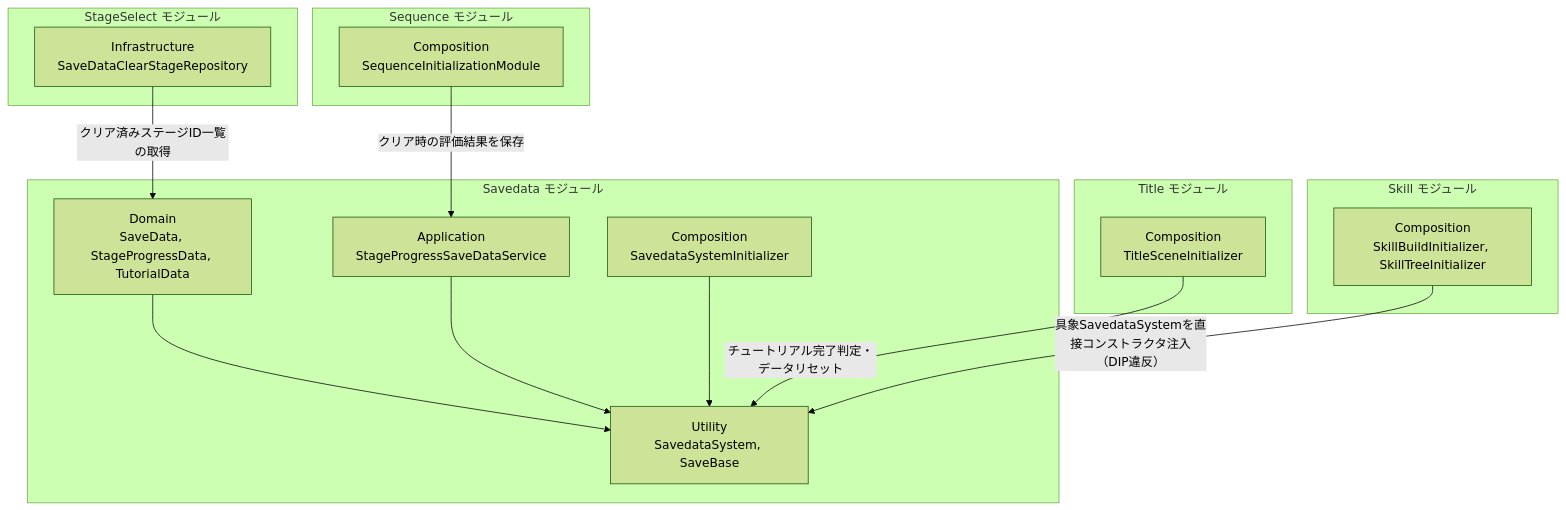
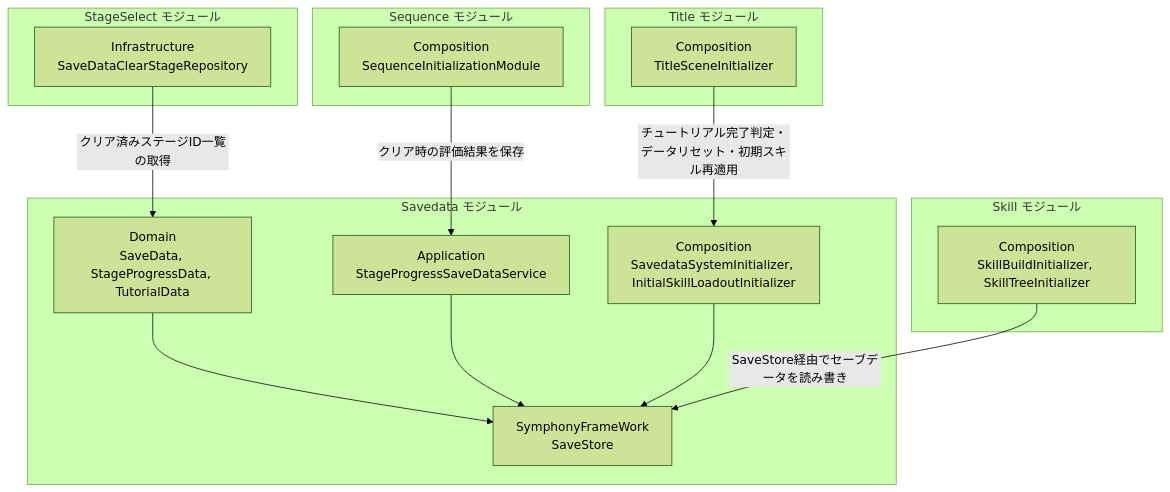
One commit to HIBIKI5201/SymphonyKillChord changed the first of 3 diagrams in Assets/Docs/ScriptsDocs/Modules/NotionModuleDocs/Savedata.md. Above: the diagram before and after it, drawn with Mermaid (forest theme). The commit also changed other lines of this file and 2 other files, not shown here.

````diff
--- a/Assets/Docs/ScriptsDocs/Modules/NotionModuleDocs/Savedata.md
+++ b/Assets/Docs/ScriptsDocs/Modules/NotionModuleDocs/Savedata.md
@@ -42,35 +44,35 @@
 ```mermaid
 graph TD
     %% 定義 (接続のないレイヤーは省略)
     subgraph SavedataModule [Savedata モジュール]
         SD_Domain["Domain<br>SaveData, StageProgressData, TutorialData"]
-        SD_Utility["Utility<br>SavedataSystem, SaveBase"]
+        SD_Store["SymphonyFrameWork<br>SaveStore"]
         SD_App["Application<br>StageProgressSaveDataService"]
-        SD_Composition["Composition<br>SavedataSystemInitializer"]
-        SD_Domain --> SD_Utility
-        SD_App --> SD_Utility
-        SD_Composition --> SD_Utility
+        SD_Composition["Composition<br>SavedataSystemInitializer, InitialSkillLoadoutInitializer"]
+        SD_Domain --> SD_Store
+        SD_App --> SD_Store
+        SD_Composition --> SD_Store
     end
 
     subgraph SequenceModule [Sequence モジュール]
         SQ_Composition["Composition<br>SequenceInitializationModule"]
     end
 
     subgraph StageSelectModule [StageSelect モジュール]
         SS_Infra["Infrastructure<br>SaveDataClearStageRepository"]
     end
 
     subgraph TitleModule [Title モジュール]
         T_Composition["Composition<br>TitleSceneInitializer"]
     end
 
     subgraph SkillModule [Skill モジュール]
         SK_Composition["Composition<br>SkillBuildInitializer, SkillTreeInitializer"]
     end
 
     %% 依存関係
     SQ_Composition -->|"クリア時の評価結果を保存"| SD_App
     SS_Infra -->|"クリア済みステージID一覧の取得"| SD_Domain
-    T_Composition -->|"チュートリアル完了判定・データリセット"| SD_Utility
-    SK_Composition -->|"具象SavedataSystemを直接コンストラクタ注入（DIP違反）"| SD_Utility
+    T_Composition -->|"チュートリアル完了判定・データリセット・初期スキル再適用"| SD_Composition
+    SK_Composition -->|"SaveStore経由でセーブデータを読み書き"| SD_Store
 ```
````
